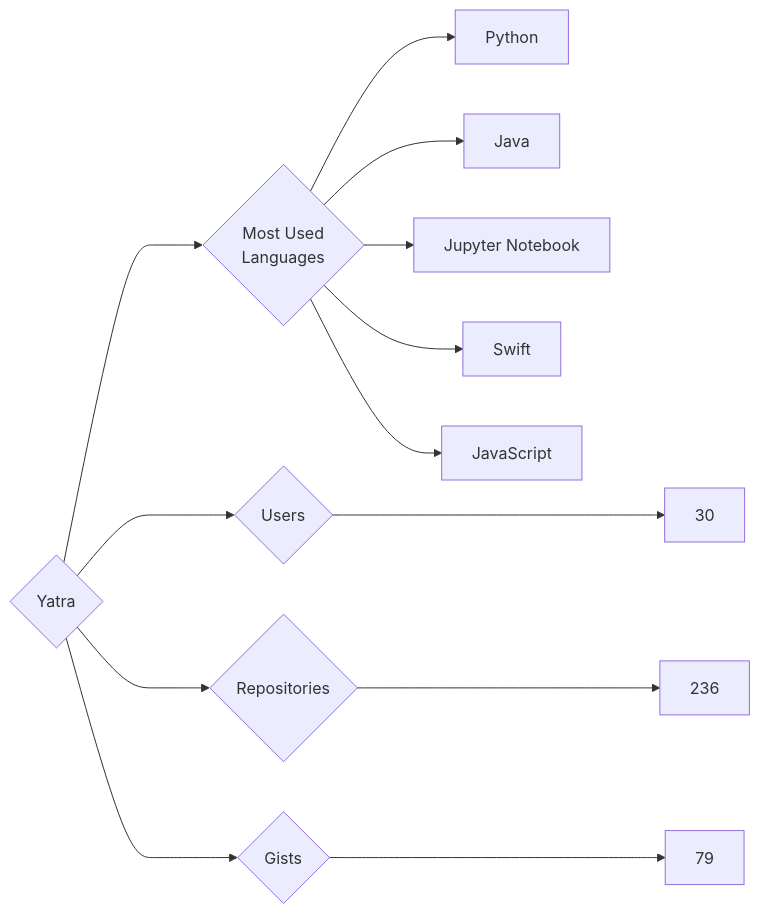
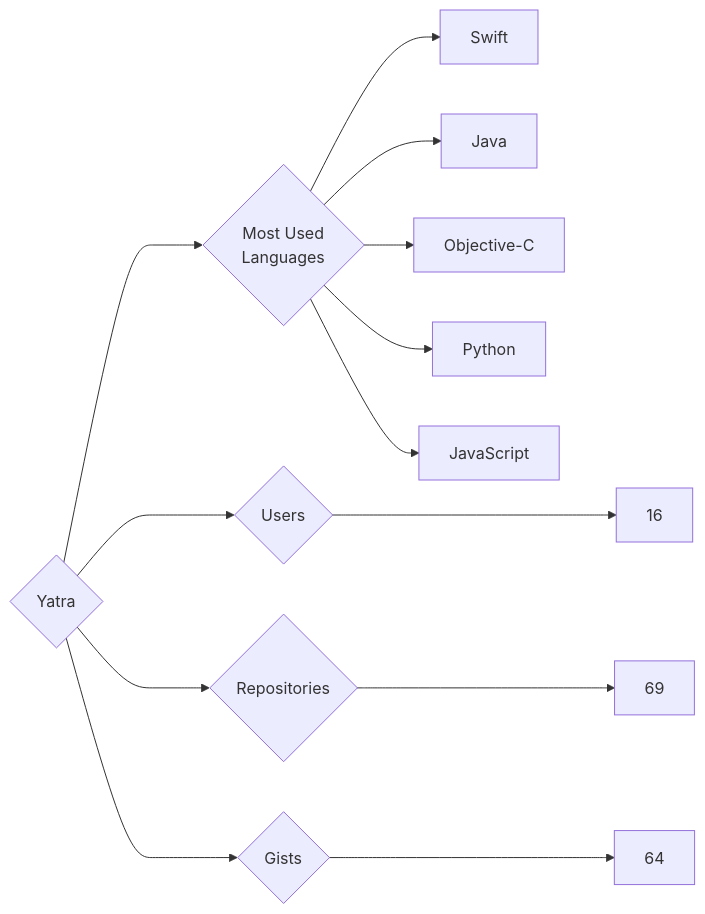
One commit to trickest/insiders changed the diagram in targets/Yatra/README.md. Above: the diagram before and after it, drawn with Mermaid. The commit also changed 877 other files, not shown here.

````diff
--- a/targets/Yatra/README.md
+++ b/targets/Yatra/README.md
@@ -3,13 +3,13 @@
 ```mermaid
 graph LR
 COMPANY_NAME{Yatra}
-COMPANY_NAME ---> U{Users} ---> UN[30]
-COMPANY_NAME ---> R{Repositories} ---> RN[236]
-COMPANY_NAME ---> G{Gists} ---> GN[79]
+COMPANY_NAME ---> U{Users} ---> UN[16]
+COMPANY_NAME ---> R{Repositories} ---> RN[69]
+COMPANY_NAME ---> G{Gists} ---> GN[64]
 COMPANY_NAME ---> ML{Most Used<br>Languages}
+ML --> Swift[Swift]
+ML --> Java[Java]
+ML --> Objective-C[Objective-C]
 ML --> Python[Python]
-ML --> Java[Java]
-ML --> Jupyter_Notebook[Jupyter Notebook]
-ML --> Swift[Swift]
 ML --> JavaScript[JavaScript]
 ```
````
